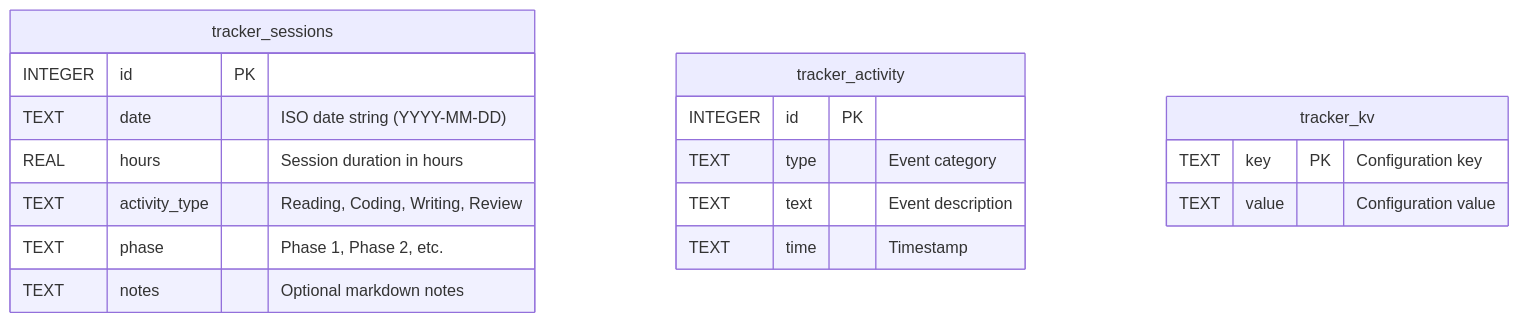
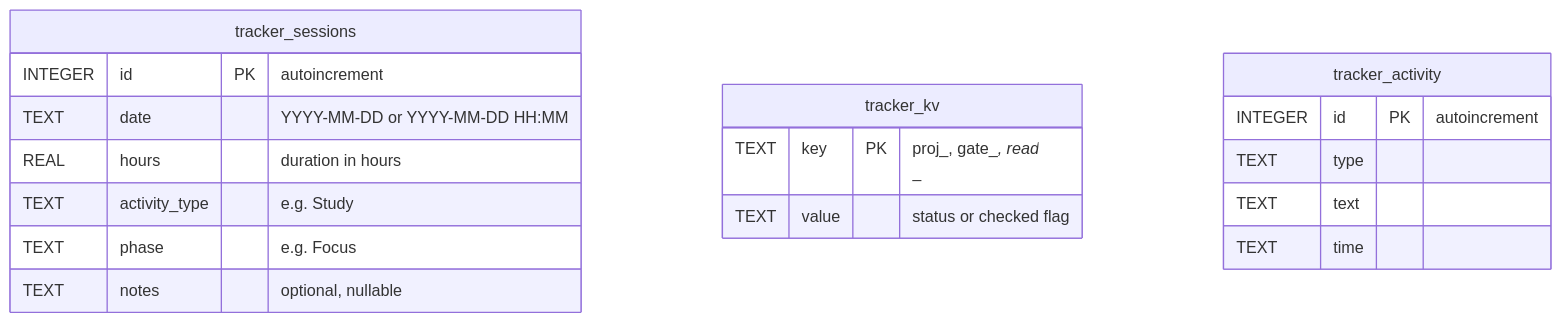
One commit to Suranjan77/md-editor changed the diagram in wiki/Study-Tracker.md. Above: the diagram before and after it, drawn with Mermaid. The commit also changed other lines of this file and 24 other files, not shown here.

````diff
--- a/wiki/Study-Tracker.md
+++ b/wiki/Study-Tracker.md
@@ -11,23 +17,21 @@
 ```mermaid
 erDiagram
     tracker_sessions {
-        INTEGER id PK
-        TEXT date "ISO date string (YYYY-MM-DD)"
-        REAL hours "Session duration in hours"
-        TEXT activity_type "Reading, Coding, Writing, Review"
-        TEXT phase "Phase 1, Phase 2, etc."
-        TEXT notes "Optional markdown notes"
+        INTEGER id PK "autoincrement"
+        TEXT date "YYYY-MM-DD or YYYY-MM-DD HH:MM"
+        REAL hours "duration in hours"
+        TEXT activity_type "e.g. Study"
+        TEXT phase "e.g. Focus"
+        TEXT notes "optional, nullable"
     }
-
+    tracker_kv {
+        TEXT key PK "proj_<id>, gate_<id>_<n>, read_<section>_<n>"
+        TEXT value "status or checked flag"
+    }
     tracker_activity {
-        INTEGER id PK
-        TEXT type "Event category"
-        TEXT text "Event description"
-        TEXT time "Timestamp"
-    }
-
-    tracker_kv {
-        TEXT key PK "Configuration key"
-        TEXT value "Configuration value"
+        INTEGER id PK "autoincrement"
+        TEXT type
+        TEXT text
+        TEXT time
     }
 ```
````
